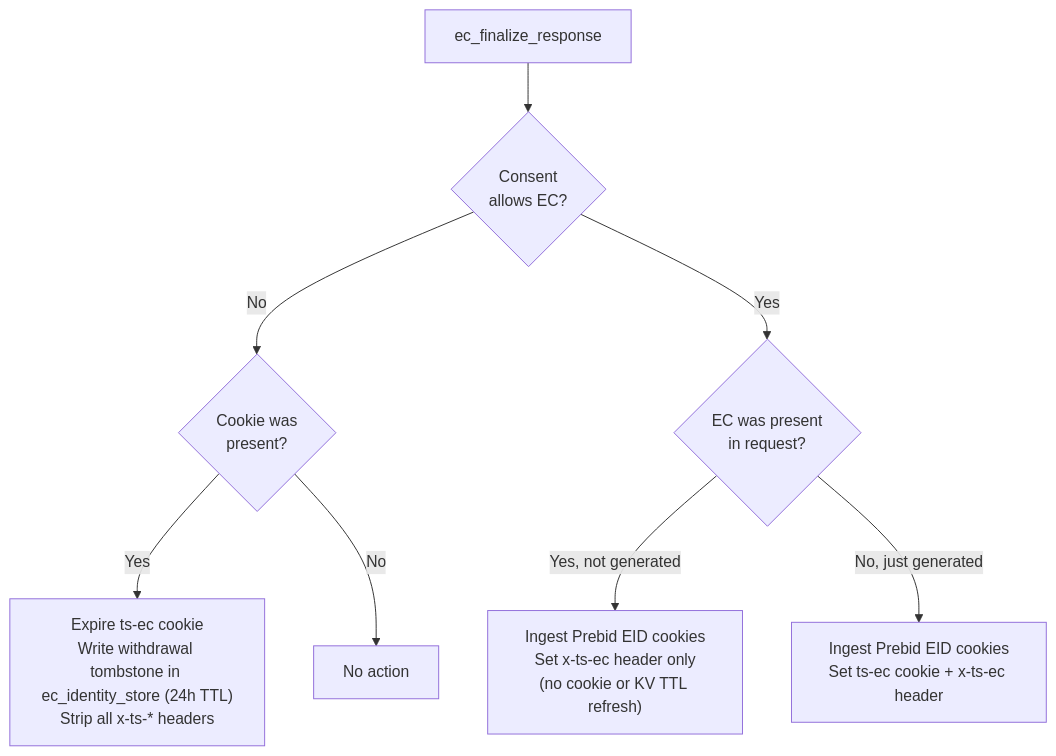
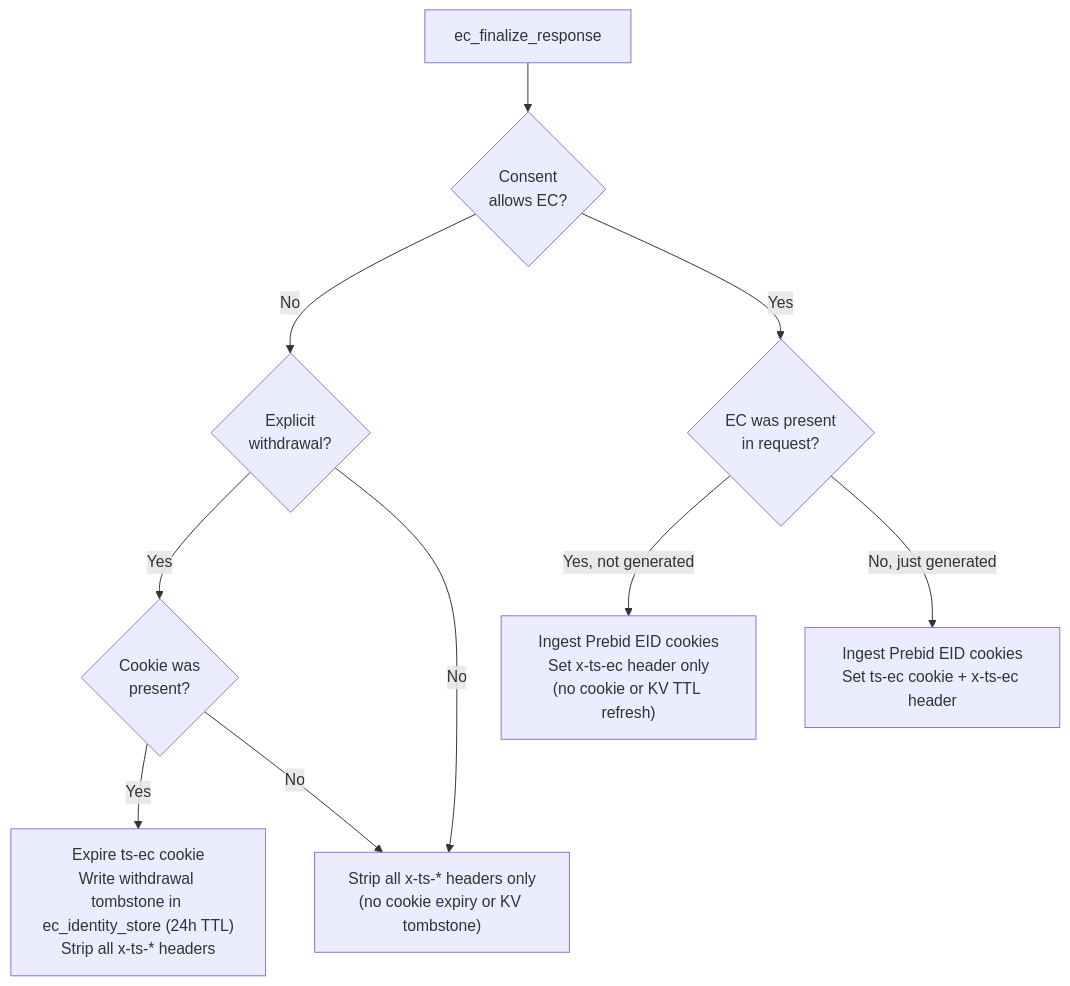
The second of 5 diagrams in docs/guide/edge-cookies.md (IABTechLab/trusted-server), drawn with Mermaid before and after one commit. The commit also changed other lines of this file and 1 other file, not shown here.

Commit message:
Align EC docs with explicit withdrawal and structured EIDs

````diff
--- a/docs/guide/edge-cookies.md
+++ b/docs/guide/edge-cookies.md
@@ -55,12 +55,14 @@
 ```mermaid
 flowchart TD
     Start[ec_finalize_response] --> ConsentCheck{Consent<br/>allows EC?}
 
-    ConsentCheck -- "No" --> CookiePresent{Cookie was<br/>present?}
+    ConsentCheck -- "No" --> ExplicitWithdrawal{Explicit<br/>withdrawal?}
+    ExplicitWithdrawal -- "Yes" --> CookiePresent{Cookie was<br/>present?}
     CookiePresent -- "Yes" --> Withdraw["Expire ts-ec cookie<br/>Write withdrawal tombstone in ec_identity_store (24h TTL)<br/>Strip all x-ts-* headers"]
-    CookiePresent -- "No" --> NoOp[No action]
+    CookiePresent -- "No" --> HeaderOnly["Strip all x-ts-* headers only<br/>(no cookie expiry or KV tombstone)"]
+    ExplicitWithdrawal -- "No" --> HeaderOnly
 
     ConsentCheck -- "Yes" --> WasPresent{EC was present<br/>in request?}
     WasPresent -- "Yes, not generated" --> Returning["Ingest Prebid EID cookies<br/>Set x-ts-ec header only<br/>(no cookie or KV TTL refresh)"]
     WasPresent -- "No, just generated" --> NewEc["Ingest Prebid EID cookies<br/>Set ts-ec cookie + x-ts-ec header"]
 ```
````
